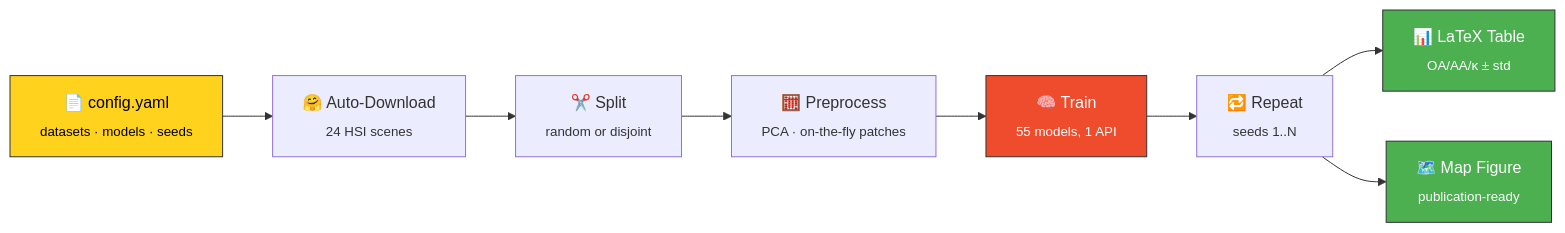
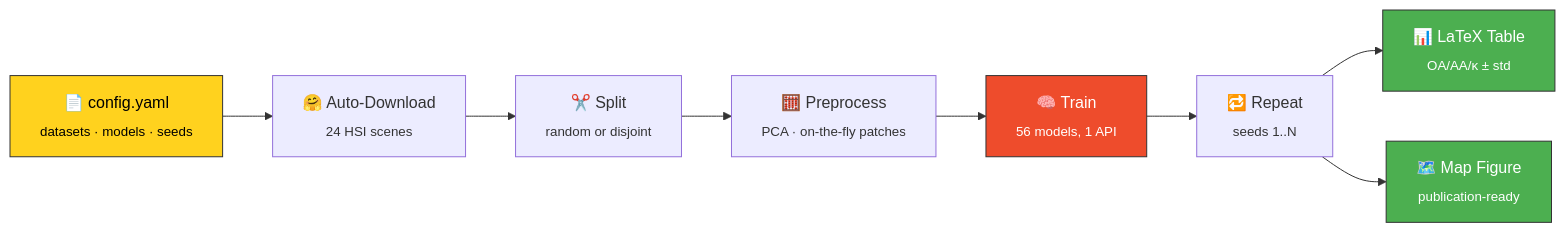
One commit to Tanishq251/Hyperspectral-Image-Models changed the diagram in README.md. Above: the diagram before and after it, drawn with Mermaid. The commit also changed other lines of this file and 3 other files, not shown here.

````diff
--- a/README.md
+++ b/README.md
@@ -49,15 +49,15 @@
 ```mermaid
 flowchart LR
     A["📄 config.yaml<br/><sub>datasets · models · seeds</sub>"] --> B["🤗 Auto-Download<br/><sub>24 HSI scenes</sub>"]
     B --> C["✂️ Split<br/><sub>random or disjoint</sub>"]
     C --> D["🧮 Preprocess<br/><sub>PCA · on-the-fly patches</sub>"]
-    D --> E["🧠 Train<br/><sub>55 models, 1 API</sub>"]
+    D --> E["🧠 Train<br/><sub>56 models, 1 API</sub>"]
     E --> F["🔁 Repeat<br/><sub>seeds 1..N</sub>"]
     F --> G["📊 LaTeX Table<br/><sub>OA/AA/κ ± std</sub>"]
     F --> H["🗺️ Map Figure<br/><sub>publication-ready</sub>"]
 
     style A fill:#FFD21E,stroke:#333,color:#000
     style E fill:#EE4C2C,stroke:#333,color:#fff
     style G fill:#4CAF50,stroke:#333,color:#fff
     style H fill:#4CAF50,stroke:#333,color:#fff
 ```
````
